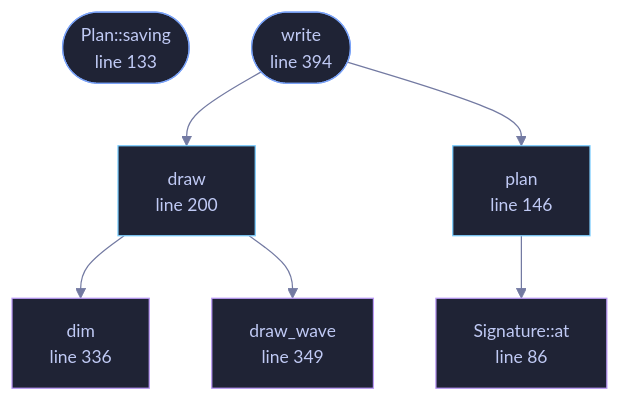
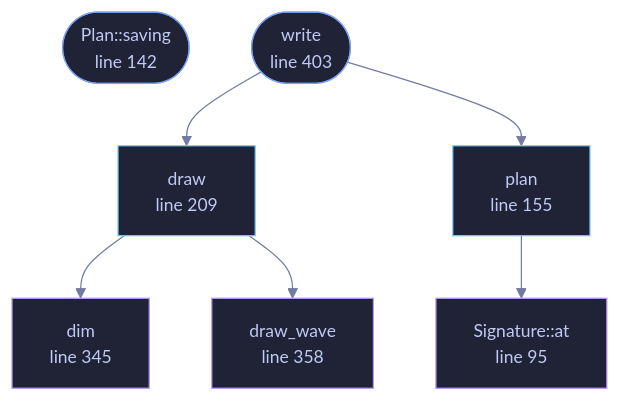
Before and after one commit to tilas01/veilvoice: the diagram in docs/files/veilvoice-video/frames.md, drawn with Mermaid. The commit also changed other lines of this file and 130 other files, not shown here.

````diff
--- a/docs/files/veilvoice-video/frames.md
+++ b/docs/files/veilvoice-video/frames.md
@@ -119,29 +119,29 @@
 ```mermaid
 %%{init: {"theme":"base","themeVariables":{"background":"#1a1b26","primaryColor":"#1f2335","primaryTextColor":"#c0caf5","primaryBorderColor":"#7aa2f7","secondaryColor":"#16161e","tertiaryColor":"#16161e","lineColor":"#737aa2","textColor":"#c0caf5","mainBkg":"#1f2335","nodeBorder":"#7aa2f7","clusterBkg":"#16161e","clusterBorder":"#2f3549","fontFamily":"ui-monospace, SFMono-Regular, Consolas, monospace","fontSize":"14px"}}}%%
 flowchart TD
-    n_at["Signature::at<br/>line 86"]
-    n_saving(["Plan::saving<br/>line 133"])
-    n_plan["plan<br/>line 146"]
-    n_draw["draw<br/>line 200"]
-    n_dim["dim<br/>line 336"]
-    n_draw_wave["draw_wave<br/>line 349"]
-    n_write(["write<br/>line 394"])
+    n_at["Signature::at<br/>line 95"]
+    n_saving(["Plan::saving<br/>line 142"])
+    n_plan["plan<br/>line 155"]
+    n_draw["draw<br/>line 209"]
+    n_dim["dim<br/>line 345"]
+    n_draw_wave["draw_wave<br/>line 358"]
+    n_write(["write<br/>line 403"])
     n_draw --> n_dim
     n_draw --> n_draw_wave
     n_plan --> n_at
     n_write --> n_draw
     n_write --> n_plan
-    click n_at href "https://github.com/tilas01/veilvoice/blob/main/crates/veilvoice-video/src/frames.rs#L86" "open the source"
-    click n_saving href "https://github.com/tilas01/veilvoice/blob/main/crates/veilvoice-video/src/frames.rs#L133" "open the source"
-    click n_plan href "https://github.com/tilas01/veilvoice/blob/main/crates/veilvoice-video/src/frames.rs#L146" "open the source"
-    click n_draw href "https://github.com/tilas01/veilvoice/blob/main/crates/veilvoice-video/src/frames.rs#L200" "open the source"
-    click n_dim href "https://github.com/tilas01/veilvoice/blob/main/crates/veilvoice-video/src/frames.rs#L336" "open the source"
-    click n_draw_wave href "https://github.com/tilas01/veilvoice/blob/main/crates/veilvoice-video/src/frames.rs#L349" "open the source"
-    click n_write href "https://github.com/tilas01/veilvoice/blob/main/crates/veilvoice-video/src/frames.rs#L394" "open the source"
+    click n_at href "https://github.com/tilas01/veilvoice/blob/main/crates/veilvoice-video/src/frames.rs#L95" "open the source"
+    click n_saving href "https://github.com/tilas01/veilvoice/blob/main/crates/veilvoice-video/src/frames.rs#L142" "open the source"
+    click n_plan href "https://github.com/tilas01/veilvoice/blob/main/crates/veilvoice-video/src/frames.rs#L155" "open the source"
+    click n_draw href "https://github.com/tilas01/veilvoice/blob/main/crates/veilvoice-video/src/frames.rs#L209" "open the source"
+    click n_dim href "https://github.com/tilas01/veilvoice/blob/main/crates/veilvoice-video/src/frames.rs#L345" "open the source"
+    click n_draw_wave href "https://github.com/tilas01/veilvoice/blob/main/crates/veilvoice-video/src/frames.rs#L358" "open the source"
+    click n_write href "https://github.com/tilas01/veilvoice/blob/main/crates/veilvoice-video/src/frames.rs#L403" "open the source"
     classDef entry fill:#1f2335,stroke:#7aa2f7,color:#c0caf5
     class n_saving,n_write entry
     classDef api fill:#1f2335,stroke:#7dcfff,color:#c0caf5
     class n_plan,n_draw api
     classDef helper fill:#1f2335,stroke:#bb9af7,color:#c0caf5
     class n_at,n_dim,n_draw_wave helper
 ```
````
